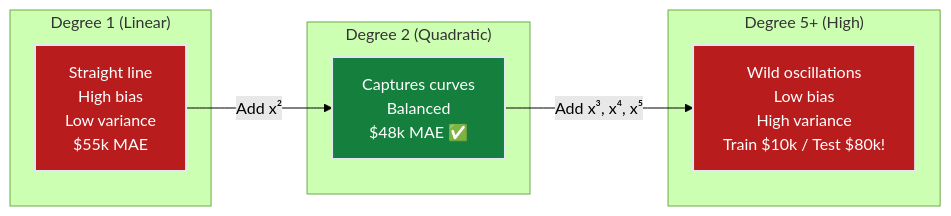
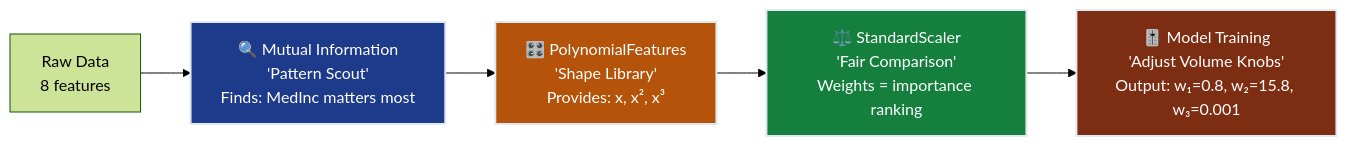
Before and after one commit to deepakshamsft/ai-portfolio: the second of 7 diagrams in notes/ML/01_regression/ch04_polynomial_features/README.md, drawn with Mermaid (forest theme). The commit also changed other lines of this file and 7 other files, not shown here.

Commit message:
polynomial features fixes

````diff
--- a/notes/ML/01_regression/ch04_polynomial_features/README.md
+++ b/notes/ML/01_regression/ch04_polynomial_features/README.md
@@ -237,21 +97,12 @@
 ```mermaid
 flowchart LR
-    subgraph "Degree 1 (Linear)"
-        D1["Straight line<br/>High bias<br/>Low variance<br/>$55k MAE"]
-    end
+    DATA["Raw Data<br/>8 features"] --> MI["🔍 Mutual Information<br/>'Pattern Scout'<br/>Finds: MedInc matters most"]
+    MI --> POLY["🎛️ PolynomialFeatures<br/>'Shape Library'<br/>Provides: x, x², x³"]
+    POLY --> SCALE["⚖️ StandardScaler<br/>'Fair Comparison'<br/>Weights = importance ranking"]
+    SCALE --> FIT["🎚️ Model Training<br/>'Adjust Volume Knobs'<br/>Output: w₁=0.8, w₂=15.8, w₃=0.001"]
     
-    subgraph "Degree 2 (Quadratic)"
-        D2["Captures curves<br/>Balanced<br/>$48k MAE ✅"]
-    end
-    
-    subgraph "Degree 5+ (High)"
-        D5["Wild oscillations<br/>Low bias<br/>High variance<br/>Train $10k / Test $80k!"]
-    end
-    
-    D1 -->|"Add x²"| D2
-    D2 -->|"Add x³, x⁴, x⁵"| D5
-    
-    style D1 fill:#b91c1c,stroke:#e2e8f0,stroke-width:2px,color:#ffffff
-    style D2 fill:#15803d,stroke:#e2e8f0,stroke-width:2px,color:#ffffff
-    style D5 fill:#b91c1c,stroke:#e2e8f0,stroke-width:2px,color:#ffffff
+    style MI fill:#1e3a8a,stroke:#e2e8f0,stroke-width:2px,color:#ffffff
+    style POLY fill:#b45309,stroke:#e2e8f0,stroke-width:2px,color:#ffffff
+    style SCALE fill:#15803d,stroke:#e2e8f0,stroke-width:2px,color:#ffffff
+    style FIT fill:#7c2d12,stroke:#e2e8f0,stroke-width:2px,color:#ffffff
 ```
````
